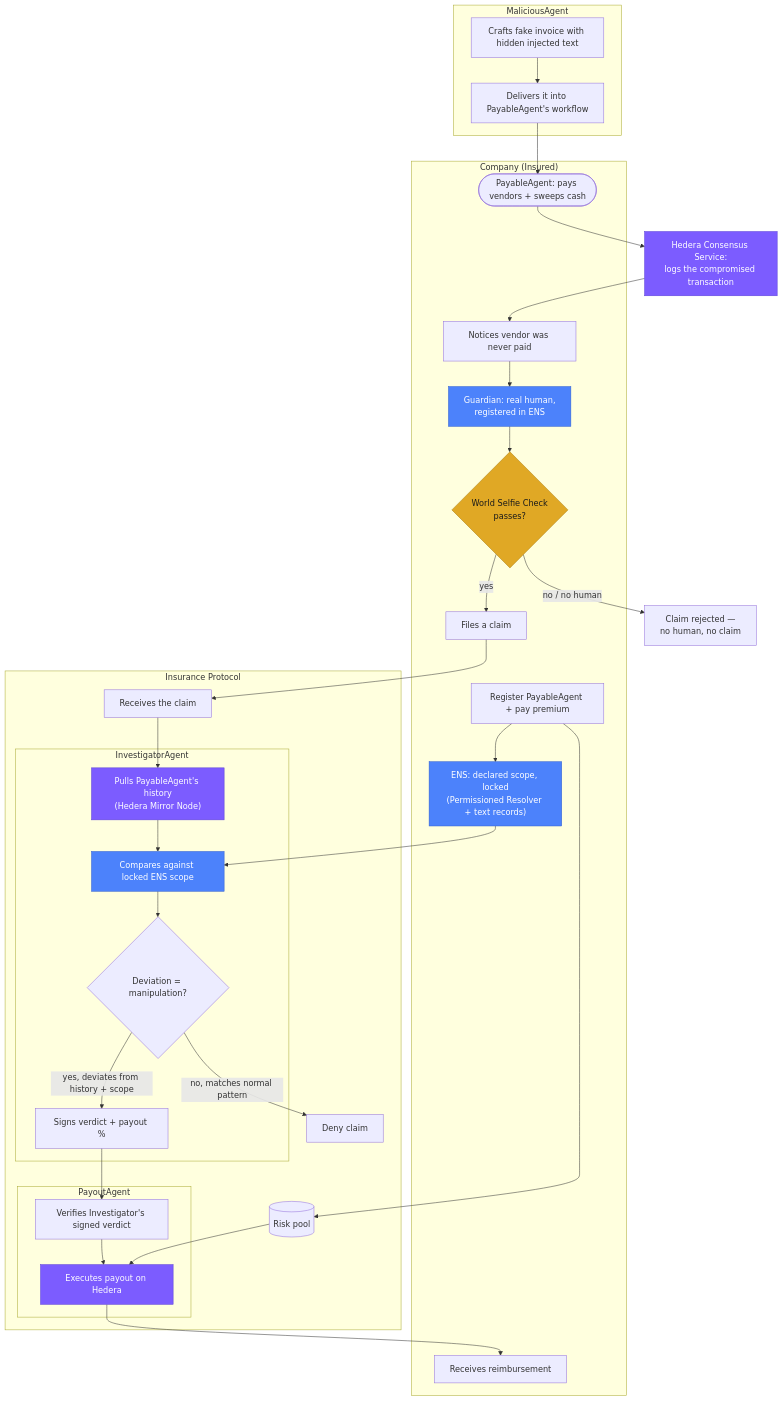
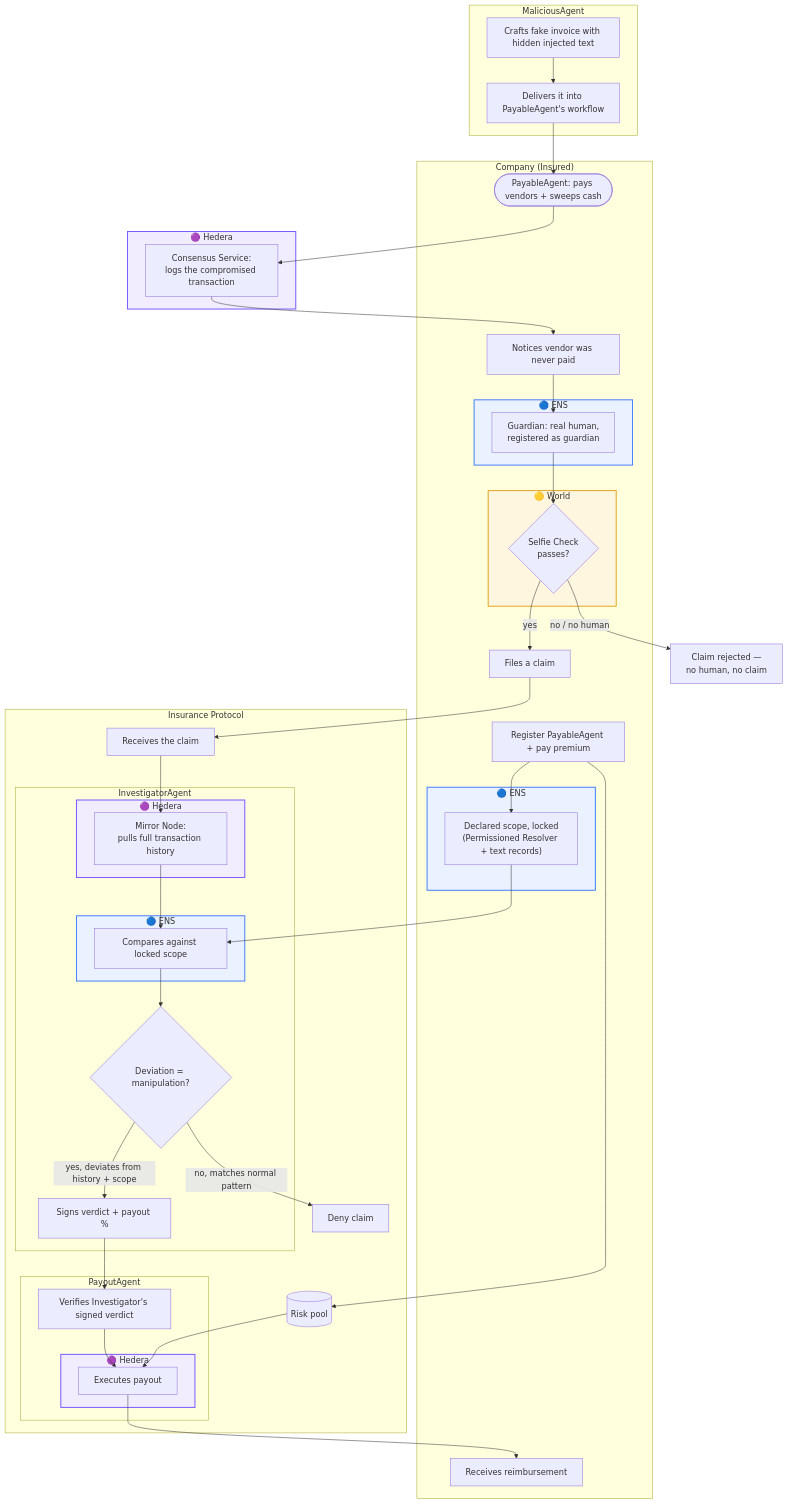
The fourth of 4 diagrams in README.md (jianruan-io/agent-insure), drawn with Mermaid before and after one commit. The commit also changed other lines of this file, not shown here.

````diff
--- a/README.md
+++ b/README.md
@@ -178,57 +206,80 @@
 ```mermaid
 flowchart TD
     subgraph COMPANY["Company (Insured)"]
         REGISTER["Register PayableAgent + pay premium"]
-        SCOPE["ENS: declared scope, locked<br/>(Permissioned Resolver + text records)"]:::ens
+
+        subgraph ENS_SCOPE["🔵 ENS"]
+            SCOPE["Declared scope, locked<br/>(Permissioned Resolver + text records)"]
+        end
+
         PAYABLE(["PayableAgent: pays vendors + sweeps cash"])
         NOTICE["Notices vendor was never paid"]
-        GUARDIAN["Guardian: real human,<br/>registered in ENS"]:::ens
-        SELFIE{"World Selfie Check<br/>passes?"}:::world
+
+        subgraph ENS_GUARDIAN["🔵 ENS"]
+            GUARDIAN["Guardian: real human,<br/>registered as guardian"]
+        end
+
+        subgraph WORLD_SELFIE["🟡 World"]
+            SELFIE{"Selfie Check<br/>passes?"}
+        end
+
         CLAIM["Files a claim"]
         PAID["Receives reimbursement"]
     end
 
     BLOCKED["Claim rejected —<br/>no human, no claim"]
 
     subgraph ATTACKER["MaliciousAgent"]
         CRAFT["Crafts fake invoice with hidden injected text"]
         SEND["Delivers it into PayableAgent's workflow"]
     end
 
-    LOG["Hedera Consensus Service:<br/>logs the compromised transaction"]:::hedera
+    subgraph HEDERA_LOG["🟣 Hedera"]
+        LOG["Consensus Service:<br/>logs the compromised transaction"]
+    end
 
     subgraph INSURER["Insurance Protocol"]
         POOL[("Risk pool")]
         INTAKE["Receives the claim"]
 
         subgraph INVESTIGATOR["InvestigatorAgent"]
-            PULL["Pulls PayableAgent's history<br/>(Hedera Mirror Node)"]:::hedera
-            CHECK["Compares against locked ENS scope"]:::ens
+            subgraph HEDERA_PULL["🟣 Hedera"]
+                PULL["Mirror Node:<br/>pulls full transaction history"]
+            end
+            subgraph ENS_CHECK["🔵 ENS"]
+                CHECK["Compares against locked scope"]
+            end
             VERDICT{"Deviation = manipulation?"}
             SIGN["Signs verdict + payout %"]
         end
 
         subgraph PAYOUTAGENT["PayoutAgent"]
             VERIFY["Verifies Investigator's signed verdict"]
-            EXECUTE["Executes payout on Hedera"]:::hedera
+            subgraph HEDERA_EXEC["🟣 Hedera"]
+                EXECUTE["Executes payout"]
+            end
         end
 
         DENY["Deny claim"]
     end
 
     REGISTER --> SCOPE
     REGISTER --> POOL
     CRAFT --> SEND --> PAYABLE --> LOG
     LOG --> NOTICE --> GUARDIAN --> SELFIE
     SELFIE -- "yes" --> CLAIM --> INTAKE
     SELFIE -- "no / no human" --> BLOCKED
     INTAKE --> PULL --> CHECK --> VERDICT
     SCOPE --> CHECK
     VERDICT -- "yes, deviates from history + scope" --> SIGN --> VERIFY --> EXECUTE
     VERDICT -- "no, matches normal pattern" --> DENY
     POOL --> EXECUTE --> PAID
 
-    classDef hedera fill:#7c5cff,color:#fff,stroke:#5a3fd6,stroke-width:1px
-    classDef ens fill:#4c82fb,color:#fff,stroke:#2f5fd1,stroke-width:1px
-    classDef world fill:#e0a825,color:#1a1a1a,stroke:#a97d13,stroke-width:1px
+    style ENS_SCOPE fill:#eaf1ff,stroke:#4c82fb,stroke-width:2px
+    style ENS_GUARDIAN fill:#eaf1ff,stroke:#4c82fb,stroke-width:2px
+    style ENS_CHECK fill:#eaf1ff,stroke:#4c82fb,stroke-width:2px
+    style WORLD_SELFIE fill:#fff6e0,stroke:#e0a825,stroke-width:2px
+    style HEDERA_LOG fill:#f1edff,stroke:#7c5cff,stroke-width:2px
+    style HEDERA_PULL fill:#f1edff,stroke:#7c5cff,stroke-width:2px
+    style HEDERA_EXEC fill:#f1edff,stroke:#7c5cff,stroke-width:2px
 ```
````
